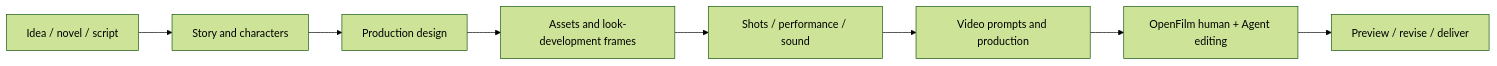
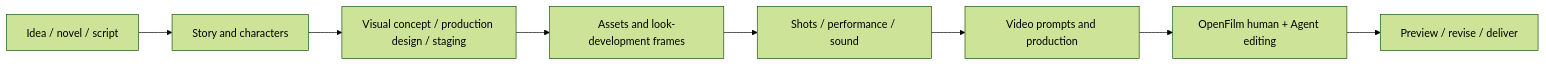
Before and after one commit to Carbon-Glitch/short-drama: the diagram in README.en.md, drawn with Mermaid (forest theme). The commit also changed other lines of this file and 52 other files, not shown here.

Commit message:
Add dedicated visual and scene design stage with longer clip planning

````diff
--- a/README.en.md
+++ b/README.en.md
@@ -72,10 +82,10 @@
 ```mermaid
 flowchart LR
   A[Idea / novel / script] --> B[Story and characters]
-  B --> C[Production design]
+  B --> C[Visual concept / production design / staging]
   C --> D[Assets and look-development frames]
   D --> E[Shots / performance / sound]
   E --> F[Video prompts and production]
   F --> G[OpenFilm human + Agent editing]
   G --> H[Preview / revise / deliver]
 ```
````
